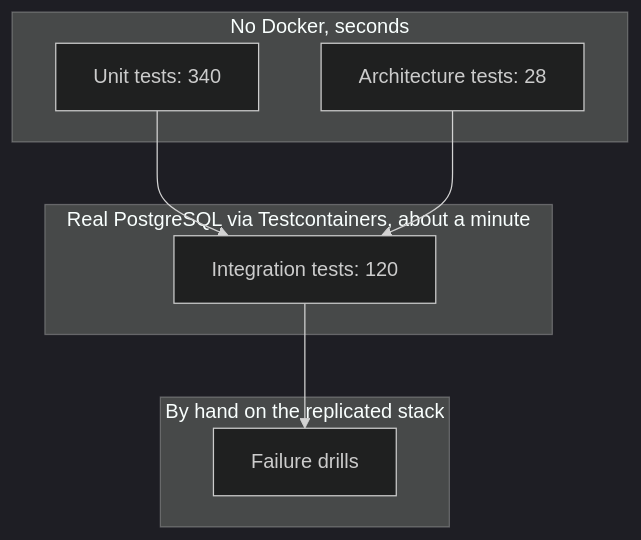
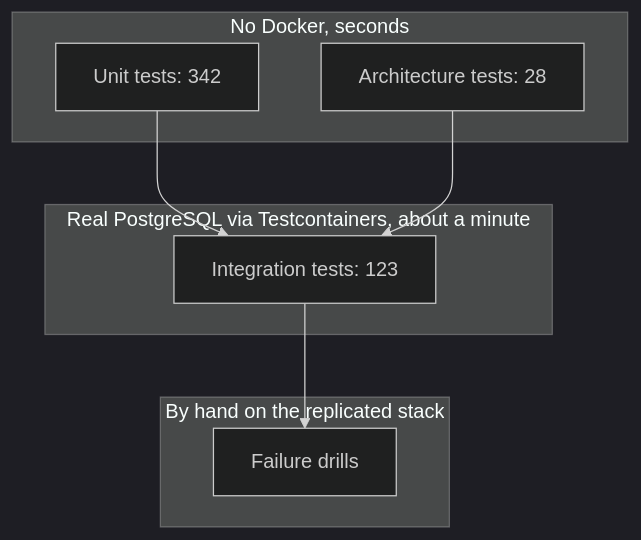
The diagram in tests/README.md (maysamgamini/crowdfundinghub), drawn with Mermaid (dark theme) before and after one commit. The commit also changed 10 other files, not shown here.

````diff
--- a/tests/README.md
+++ b/tests/README.md
@@ -8,16 +8,16 @@
 ```mermaid
 flowchart TB
     subgraph Fast["No Docker, seconds"]
-        U["Unit tests: 340"]
+        U["Unit tests: 342"]
         A["Architecture tests: 28"]
     end
     subgraph Real["Real PostgreSQL via Testcontainers, about a minute"]
-        I["Integration tests: 120"]
+        I["Integration tests: 123"]
     end
     subgraph Hand["By hand on the replicated stack"]
         D["Failure drills"]
     end
     U --> I
     A --> I
     I --> D
 ```
````
